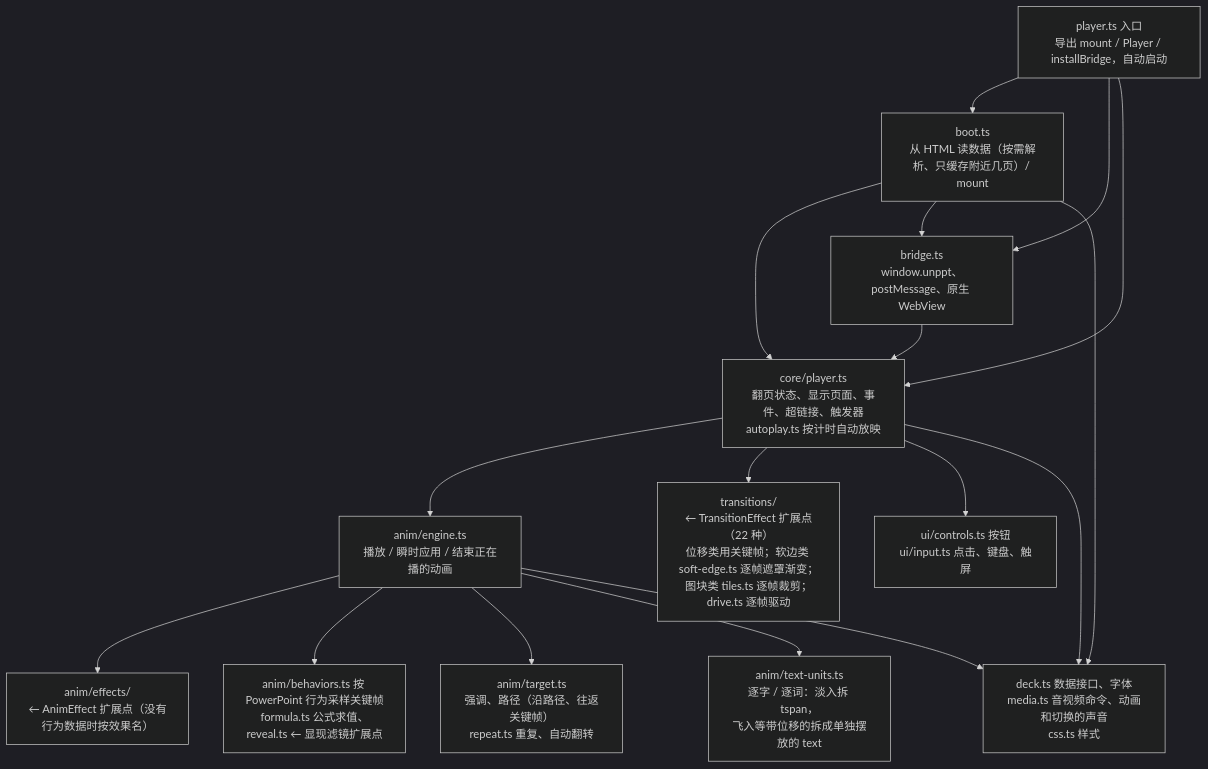
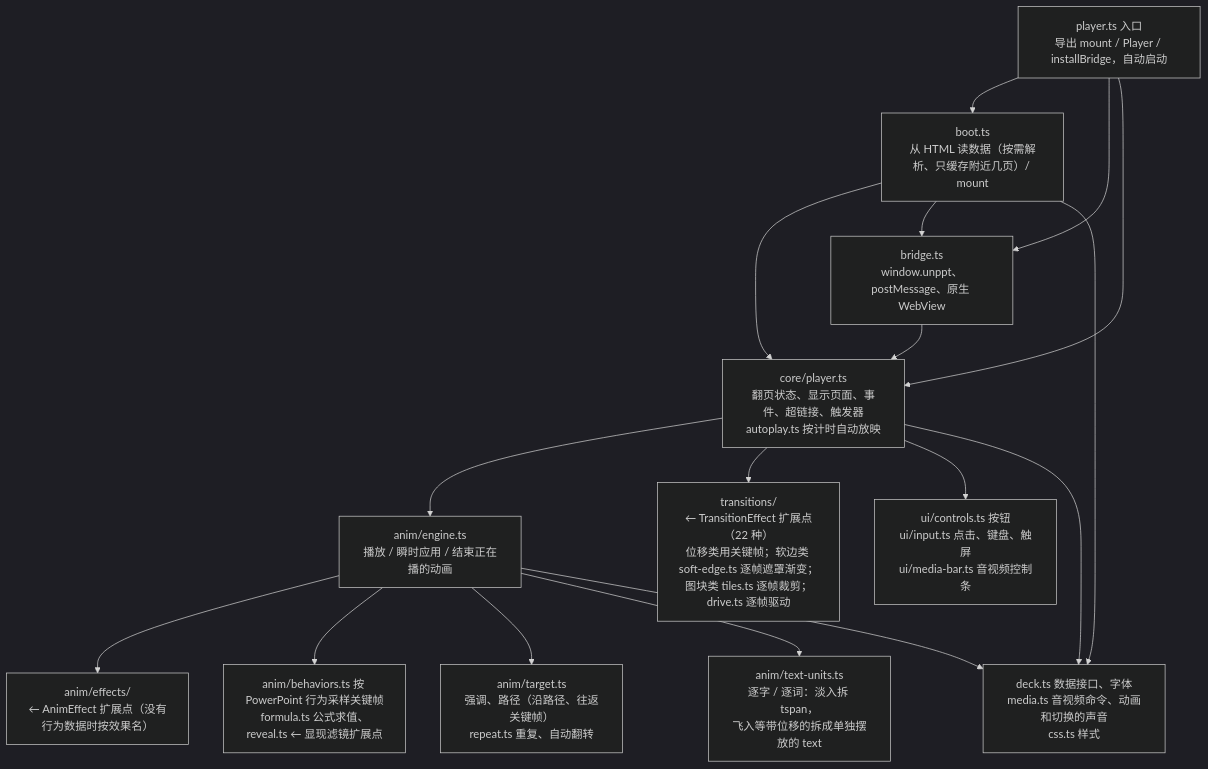
The third of 5 diagrams in docs/architecture.md (spitmaster/unppt), drawn with Mermaid (dark theme) before and after one commit. The commit also changed 12 other files, not shown here.

````diff
--- a/docs/architecture.md
+++ b/docs/architecture.md
@@ -71,20 +71,20 @@
 ```mermaid
 flowchart TB
   entry["player.ts 入口<br/>导出 mount / Player / installBridge，自动启动"]
   boot["boot.ts<br/>从 HTML 读数据（按需解析、只缓存附近几页）/ mount"]
   bridge["bridge.ts<br/>window.unppt、postMessage、原生 WebView"]
   core["core/player.ts<br/>翻页状态、显示页面、事件、超链接、触发器<br/>autoplay.ts 按计时自动放映"]
   engine["anim/engine.ts<br/>播放 / 瞬时应用 / 结束正在播的动画"]
   effects["anim/effects/<br/>← AnimEffect 扩展点（没有行为数据时按效果名）"]
   behav["anim/behaviors.ts 按 PowerPoint 行为采样关键帧<br/>formula.ts 公式求值、reveal.ts ← 显现滤镜扩展点"]
   target["anim/target.ts<br/>强调、路径（沿路径、往返关键帧）<br/>repeat.ts 重复、自动翻转"]
   units["anim/text-units.ts<br/>逐字 / 逐词：淡入拆 tspan，<br/>飞入等带位移的拆成单独摆放的 text"]
   trans["transitions/<br/>← TransitionEffect 扩展点（22 种）<br/>位移类用关键帧；软边类 soft-edge.ts 逐帧遮罩渐变；<br/>图块类 tiles.ts 逐帧裁剪；drive.ts 逐帧驱动"]
-  ui["ui/controls.ts 按钮<br/>ui/input.ts 点击、键盘、触屏"]
+  ui["ui/controls.ts 按钮<br/>ui/input.ts 点击、键盘、触屏<br/>ui/media-bar.ts 音视频控制条"]
   deck["deck.ts 数据接口、字体<br/>media.ts 音视频命令、动画和切换的声音<br/>css.ts 样式"]
   entry --> boot & bridge & core
   boot --> core & bridge & deck
   bridge --> core
   core --> engine & trans & ui & deck
   engine --> effects & behav & target & units & deck
 ```
````
